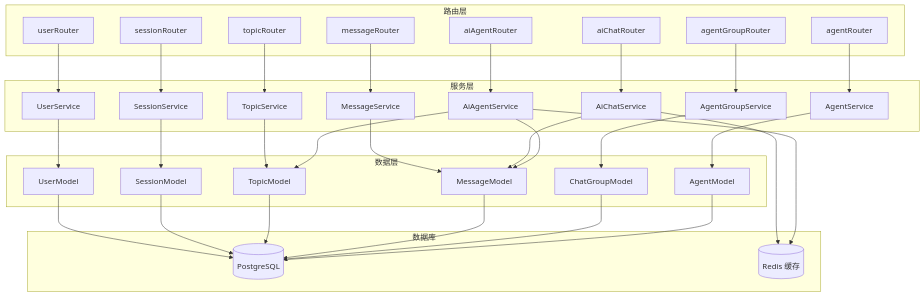
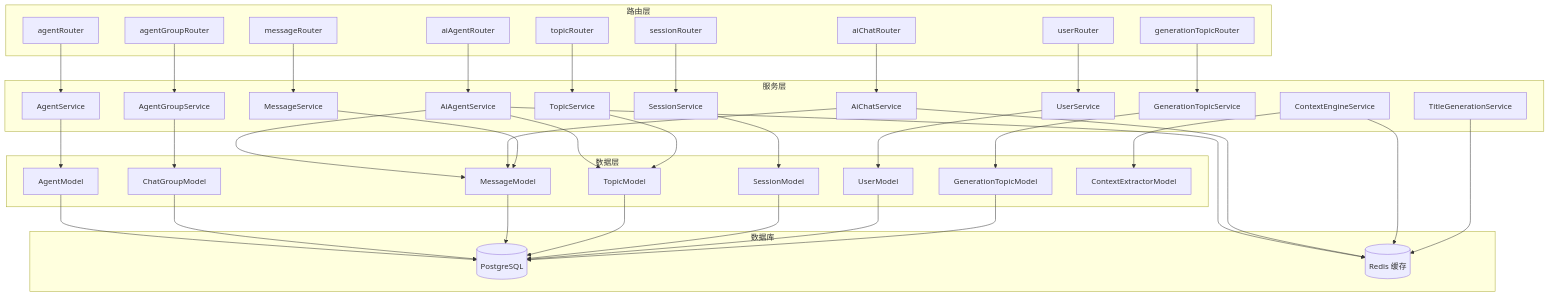
One commit to AvatoLabs/avato changed the seventh of 7 diagrams in .qoder/repowiki/zh/content/API 接口文档/tRPC 接口规范/Lambda 路由模块/Lambda 路由模块.md. Above: the diagram before and after it, drawn with Mermaid. The commit also changed other lines of this file and 158 other files, not shown here.

````diff
--- a/.qoder/repowiki/zh/content/API 接口文档/tRPC 接口规范/Lambda 路由模块/Lambda 路由模块.md
+++ b/.qoder/repowiki/zh/content/API 接口文档/tRPC 接口规范/Lambda 路由模块/Lambda 路由模块.md
@@ -348,60 +526,72 @@
 ```mermaid
 graph TB
 subgraph "路由层"
 AgentRouter[agentRouter]
 GroupRouter[agentGroupRouter]
 AiAgentRouter[aiAgentRouter]
 AiChatRouter[aiChatRouter]
 MessageRouter[messageRouter]
 TopicRouter[topicRouter]
 SessionRouter[sessionRouter]
 UserRouter[userRouter]
+GenerationTopicRouter[generationTopicRouter]
 end
 subgraph "服务层"
 AgentService[AgentService]
 AgentGroupService[AgentGroupService]
 AiAgentService[AiAgentService]
 AiChatService[AiChatService]
 MessageService[MessageService]
 TopicService[TopicService]
 SessionService[SessionService]
 UserService[UserService]
+GenerationTopicService[GenerationTopicService]
+ContextEngineService[ContextEngineService]
+TitleGenerationService[TitleGenerationService]
 end
 subgraph "数据层"
 AgentModel[AgentModel]
 GroupModel[ChatGroupModel]
 MessageModel[MessageModel]
 TopicModel[TopicModel]
 SessionModel[SessionModel]
 UserModel[UserModel]
+GenerationTopicModel[GenerationTopicModel]
+ContextExtractorModel[ContextExtractorModel]
 end
 subgraph "数据库"
 PostgreSQL[(PostgreSQL)]
 Redis[(Redis 缓存)]
 end
 AgentRouter --> AgentService
 GroupRouter --> AgentGroupService
 AiAgentRouter --> AiAgentService
 AiChatRouter --> AiChatService
 MessageRouter --> MessageService
 TopicRouter --> TopicService
 SessionRouter --> SessionService
 UserRouter --> UserService
+GenerationTopicRouter --> GenerationTopicService
 AgentService --> AgentModel
 AgentGroupService --> GroupModel
 AiAgentService --> MessageModel
 AiAgentService --> TopicModel
 AiChatService --> MessageModel
 MessageService --> MessageModel
 TopicService --> TopicModel
 SessionService --> SessionModel
 UserService --> UserModel
+GenerationTopicService --> GenerationTopicModel
+ContextEngineService --> ContextExtractorModel
 AgentModel --> PostgreSQL
 GroupModel --> PostgreSQL
 MessageModel --> PostgreSQL
 TopicModel --> PostgreSQL
 SessionModel --> PostgreSQL
 UserModel --> PostgreSQL
+GenerationTopicModel --> PostgreSQL
 AiAgentService --> Redis
 AiChatService --> Redis
+ContextEngineService --> Redis
+TitleGenerationService --> Redis
 ```
````
